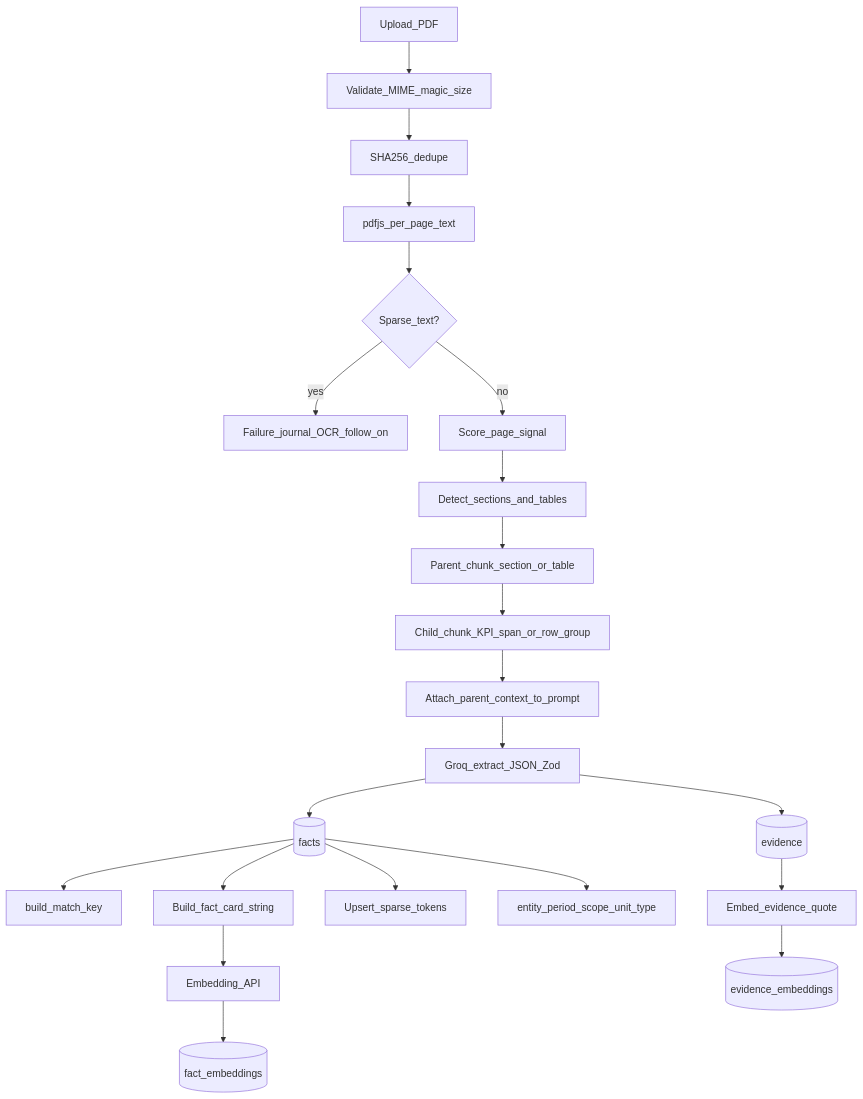
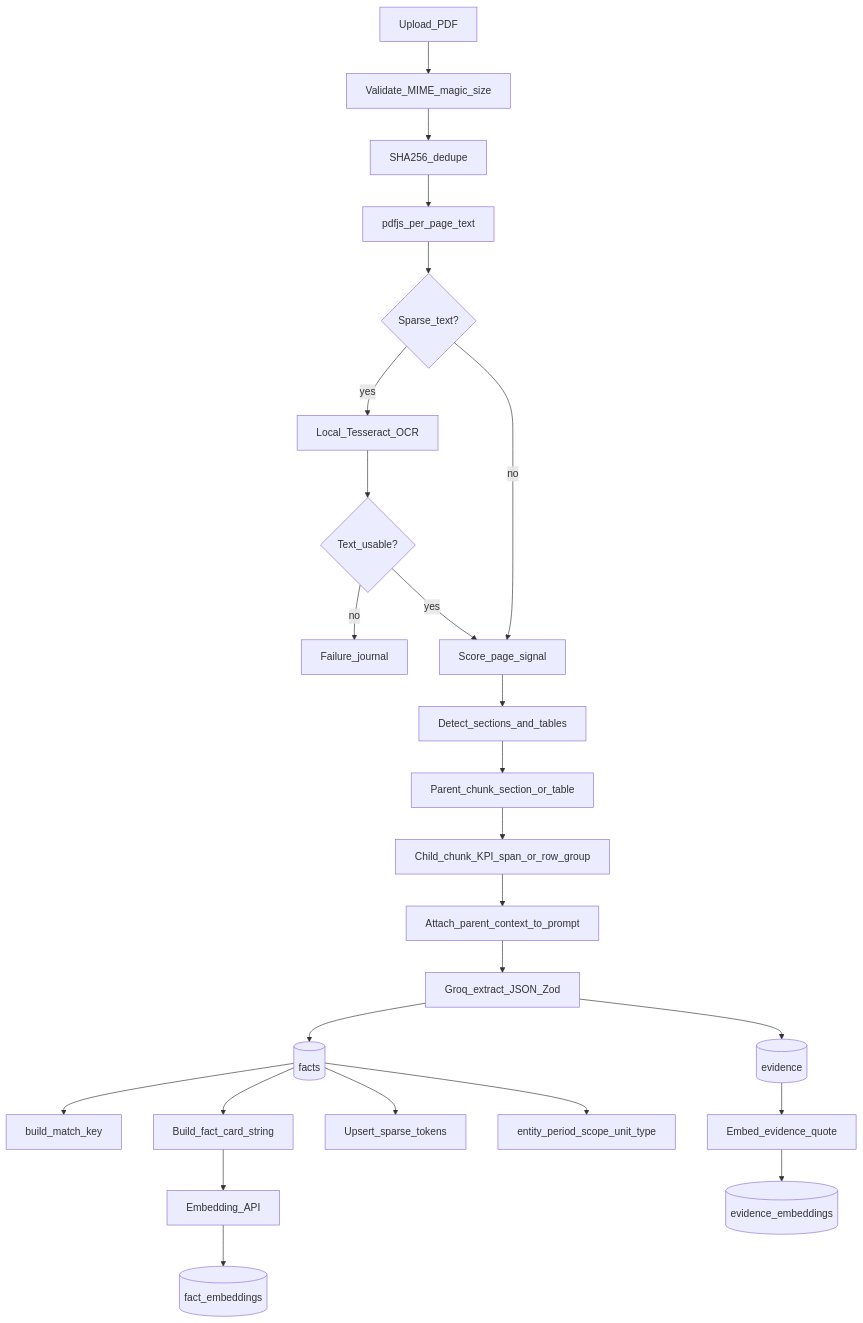
Before and after one commit to PrasannaPal21/superjoin-assignement: the third of 10 diagrams in docs/RAG_ARCHITECTURE.md, drawn with Mermaid. The commit also changed other lines of this file and 19 other files, not shown here.

Commit message:
feat: OCR(using tessaract) in the pdf extraction path for text count less than threshold

````diff
--- a/docs/RAG_ARCHITECTURE.md
+++ b/docs/RAG_ARCHITECTURE.md
@@ -112,24 +112,27 @@
 ```mermaid
 flowchart TD
   U[Upload_PDF] --> V[Validate_MIME_magic_size]
   V --> H[SHA256_dedupe]
   H --> P[pdfjs_per_page_text]
   P --> S{Sparse_text?}
-  S -->|yes| Fail[Failure_journal_OCR_follow_on]
-  S -->|no| Sig[Score_page_signal]
+  S -->|yes| Ocr[Local_Tesseract_OCR]
+  Ocr --> S2{Text_usable?}
+  S2 -->|no| Fail[Failure_journal]
+  S2 -->|yes| Sig[Score_page_signal]
+  S -->|no| Sig
   Sig --> Seg[Detect_sections_and_tables]
   Seg --> Parent[Parent_chunk_section_or_table]
   Parent --> Child[Child_chunk_KPI_span_or_row_group]
   Child --> Ctx[Attach_parent_context_to_prompt]
   Ctx --> Ext[Groq_extract_JSON_Zod]
   Ext --> Fact[(facts)]
   Ext --> Ev[(evidence)]
   Fact --> MK[build_match_key]
   Fact --> FC[Build_fact_card_string]
   FC --> Emb[Embedding_API]
   Emb --> Vec[(fact_embeddings)]
   Ev --> EEmb[Embed_evidence_quote]
   EEmb --> EVec[(evidence_embeddings)]
   Fact --> Lex[Upsert_sparse_tokens]
   Fact --> Meta[entity_period_scope_unit_type]
 ```
````
